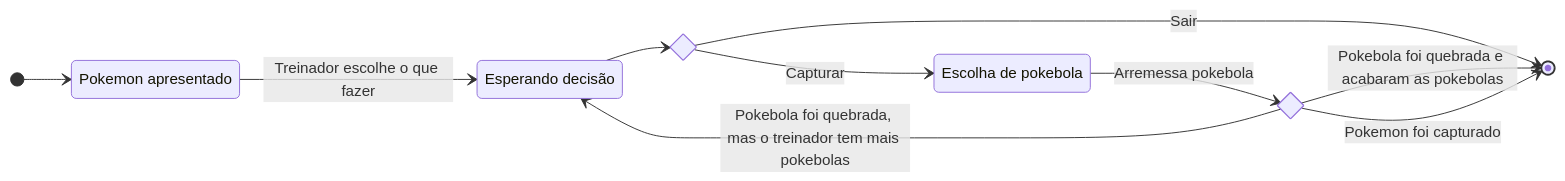
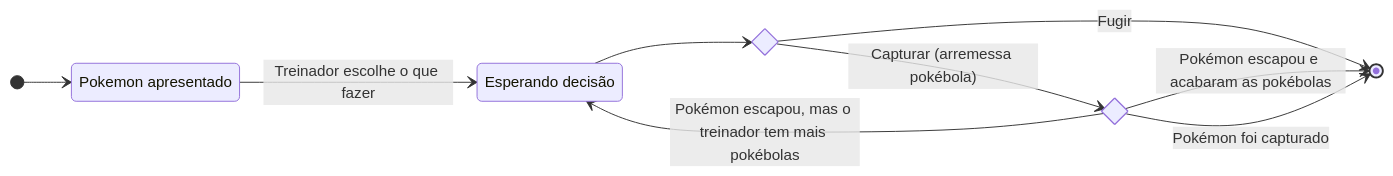
One commit to profBruno-UFC-Qx/oriented-object-programming changed the second of 2 diagrams in _praticas/pp03.md. Above: the diagram before and after it, drawn with Mermaid. The commit also changed other lines of this file, not shown here.

````diff
--- a/_praticas/pp03.md
+++ b/_praticas/pp03.md
@@ -146,18 +226,16 @@
 ```mermaid
 stateDiagram-v2
     direction LR
     inicio: Pokemon apresentado
     usuario: Esperando decisão
-    pokebola:  Escolha de pokebola
     state decisao <<choice>>
     state capturou <<choice>>
     [*] --> inicio
     inicio --> usuario: Treinador escolhe o que fazer
     usuario --> decisao
-    decisao --> [*]: Sair
-    decisao --> pokebola: Capturar
-    pokebola --> capturou: Arremessa pokebola
-    capturou --> [*]: Pokebola foi quebrada e acabaram as pokebolas
-    capturou --> usuario: Pokebola foi quebrada, mas o treinador tem mais pokebolas
-    capturou --> [*]: Pokemon foi capturado
+    decisao --> [*]: Fugir
+    decisao --> capturou: Capturar (arremessa pokébola)
+    capturou --> [*]: Pokémon escapou e acabaram as pokébolas
+    capturou --> usuario: Pokémon escapou, mas o treinador tem mais pokébolas
+    capturou --> [*]: Pokémon foi capturado
 ```
````
